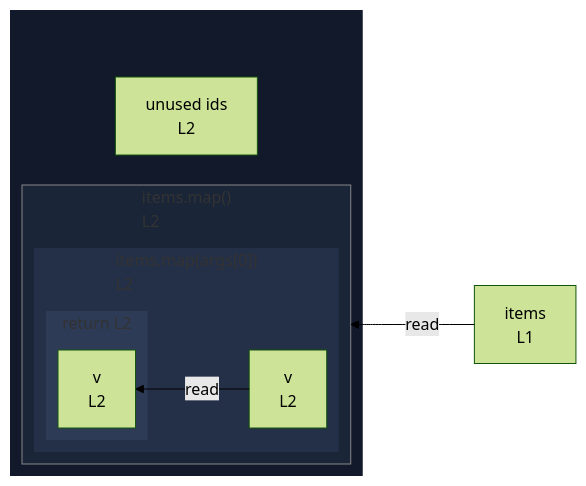
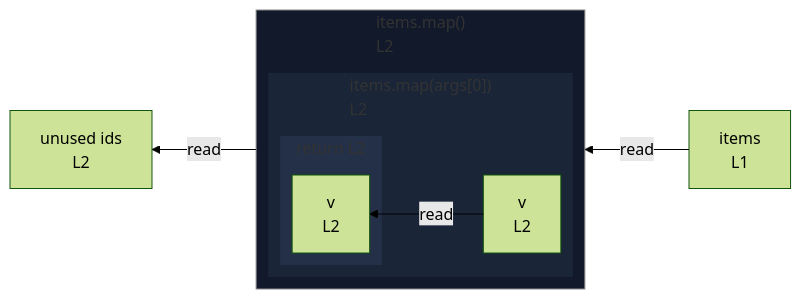
One commit to crescware/unsnarl changed the diagram in integration/fixtures/callback/result-bound-method/preview.md. Above: the diagram before and after it, drawn with Mermaid (forest theme). The commit also changed 105 other files, not shown here.

````diff
--- a/integration/fixtures/callback/result-bound-method/preview.md
+++ b/integration/fixtures/callback/result-bound-method/preview.md
@@ -12,32 +12,28 @@
 ```mermaid
 %%{init: {"flowchart": {"defaultRenderer": "elk"}}}%%
 flowchart RL
   n_scope_0_items_6["items<br/>L1"]
-  subgraph wrap_call_proxy_37[" "]
-    direction TB
-    n_scope_0_ids_31["unused ids<br/>L2"]
-    subgraph call_proxy_37["items.map()<br/>L2"]
+  n_scope_0_ids_31["unused ids<br/>L2"]
+  subgraph call_proxy_37["items.map()<br/>L2"]
+    direction RL
+    subgraph s_scope_1["items.map(args[0])<br/>L2"]
       direction RL
-      subgraph s_scope_1["items.map(args[0])<br/>L2"]
+      n_scope_1_v_48["v<br/>L2"]
+      subgraph s_return_scope_1_54_59["return L2"]
         direction RL
-        n_scope_1_v_48["v<br/>L2"]
-        subgraph s_return_scope_1_54_59["return L2"]
-          direction RL
-          ret_use_ref_3["v<br/>L2"]
-        end
+        ret_use_ref_3["v<br/>L2"]
       end
     end
   end
+  call_proxy_37 -->|read| n_scope_0_ids_31
   n_scope_0_items_6 -->|read| call_proxy_37
   n_scope_1_v_48 -->|read| ret_use_ref_3
   classDef nestL1 fill:#11192a,stroke:transparent;
-  class wrap_call_proxy_37 nestL1;
+  class call_proxy_37 nestL1;
   classDef nestL2 fill:#1a2538,stroke:transparent;
-  class call_proxy_37 nestL2;
+  class s_scope_1 nestL2;
   classDef nestL3 fill:#243047,stroke:transparent;
-  class s_scope_1 nestL3;
-  classDef nestL4 fill:#2d3b57,stroke:transparent;
-  class s_return_scope_1_54_59 nestL4;
+  class s_return_scope_1_54_59 nestL3;
   classDef edgeTargetSubgraph stroke:#888;
   class call_proxy_37 edgeTargetSubgraph;
 ```
````
